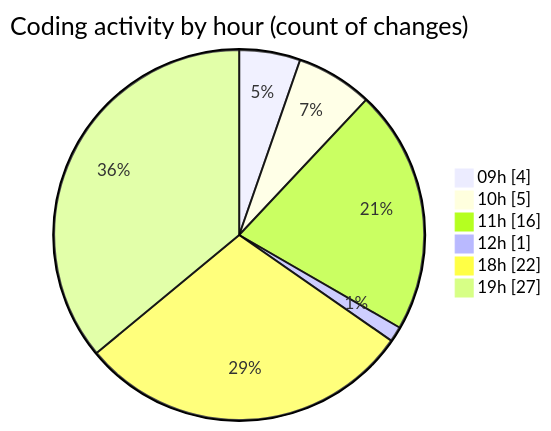
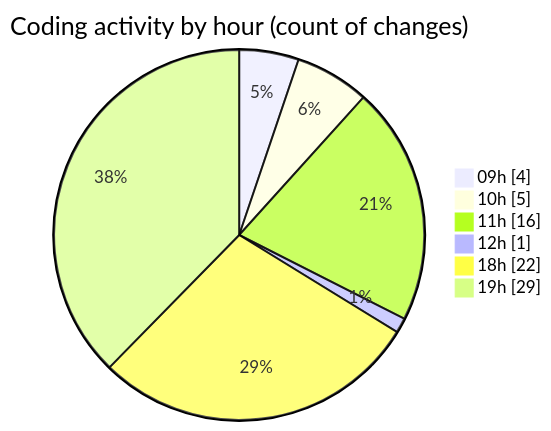
Before and after one commit to momahboobian/code-tracking: the second of 2 diagrams in 2025-04-28/cda/README.md, drawn with Mermaid. The commit also changed other lines of this file and 1 other file, not shown here.

````diff
--- a/2025-04-28/cda/README.md
+++ b/2025-04-28/cda/README.md
@@ -55,10 +56,10 @@
 ```mermaid
 pie showData
 title Coding activity by hour (count of changes)
 "09h" : 4
 "10h" : 5
 "11h" : 16
 "12h" : 1
 "18h" : 22
-"19h" : 27
+"19h" : 29
 ```
````
